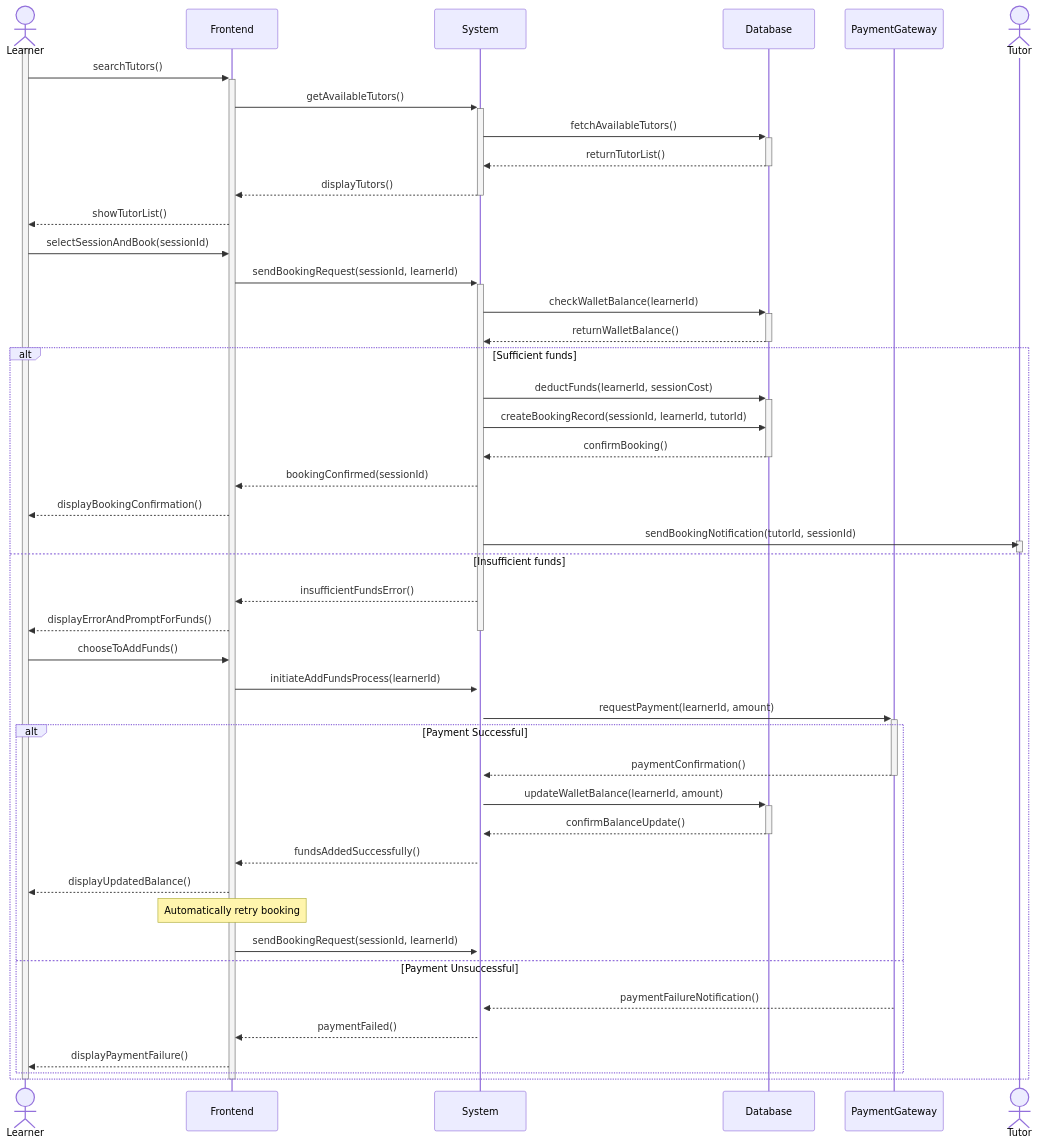
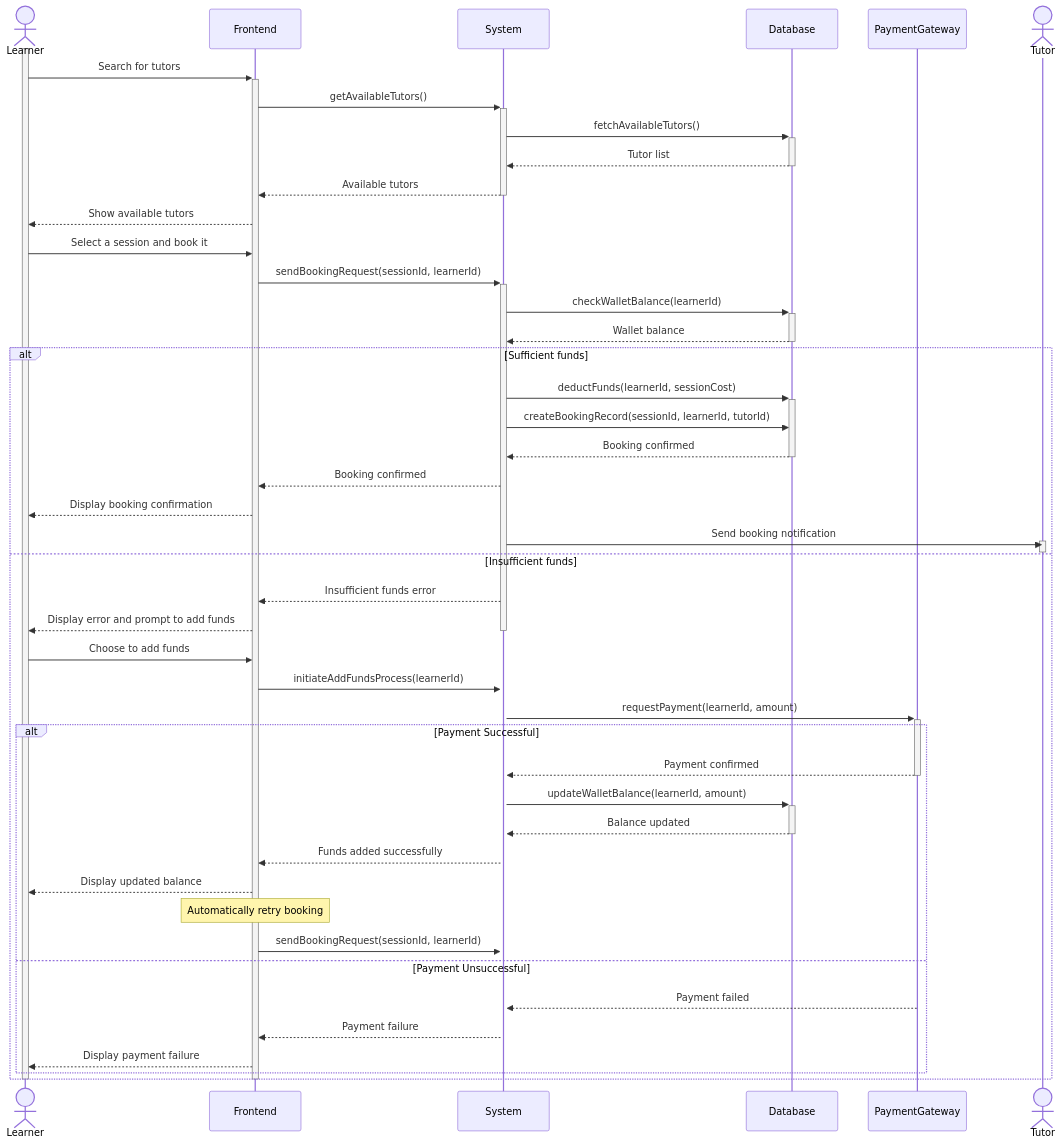
Before and after one commit to Shaar03/Diagrams: the diagram in bookAndPay.mermaid, drawn with Mermaid.

```diff
--- a/bookAndPay.mermaid
+++ b/bookAndPay.mermaid
@@ -1,51 +1,51 @@
 sequenceDiagram
     actor Learner
     participant Frontend
     participant System
     participant Database
     participant PaymentGateway
     actor Tutor
 
     activate Learner
-    Learner->>+Frontend: searchTutors()
+    Learner->>+Frontend: Search for tutors
     Frontend->>+System: getAvailableTutors()
     System->>+Database: fetchAvailableTutors()
-    Database-->>-System: returnTutorList()
-    System-->>-Frontend: displayTutors()
-    Frontend-->>Learner: showTutorList()
-    Learner->>Frontend: selectSessionAndBook(sessionId)
+    Database-->>-System: Tutor list
+    System-->>-Frontend: Available tutors
+    Frontend-->>Learner: Show available tutors
+    Learner->>Frontend: Select a session and book it
     Frontend->>+System: sendBookingRequest(sessionId, learnerId)
     System->>+Database: checkWalletBalance(learnerId)
-    Database-->>-System: returnWalletBalance()
+    Database-->>-System: Wallet balance
     alt Sufficient funds
         System->>+Database: deductFunds(learnerId, sessionCost)
         System->>Database: createBookingRecord(sessionId, learnerId, tutorId)
-        Database-->>-System: confirmBooking()
-        System-->>Frontend: bookingConfirmed(sessionId)
-        Frontend-->>Learner: displayBookingConfirmation()
-        System->>Tutor: sendBookingNotification(tutorId, sessionId)
+        Database-->>-System: Booking confirmed
+        System-->>Frontend: Booking confirmed
+        Frontend-->>Learner: Display booking confirmation
+        System->>Tutor: Send booking notification
         activate Tutor
         deactivate Tutor
     else Insufficient funds
-        System-->>Frontend: insufficientFundsError()
-        Frontend-->>Learner: displayErrorAndPromptForFunds()
+        System-->>Frontend: Insufficient funds error
+        Frontend-->>Learner: Display error and prompt to add funds
         deactivate System
-        Learner->>Frontend: chooseToAddFunds()
+        Learner->>Frontend: Choose to add funds
         Frontend->>+System: initiateAddFundsProcess(learnerId)
         System->>+PaymentGateway: requestPayment(learnerId, amount)
         alt Payment Successful
-            PaymentGateway-->>-System: paymentConfirmation()
+            PaymentGateway-->>-System: Payment confirmed
             System->>+Database: updateWalletBalance(learnerId, amount)
-            Database-->>-System: confirmBalanceUpdate()
-            System-->>Frontend: fundsAddedSuccessfully()
-            Frontend-->>Learner: displayUpdatedBalance()
+            Database-->>-System: Balance updated
+            System-->>Frontend: Funds added successfully
+            Frontend-->>Learner: Display updated balance
             Note over Frontend: Automatically retry booking
             Frontend->>System: sendBookingRequest(sessionId, learnerId)
         else Payment Unsuccessful
-            PaymentGateway-->>System: paymentFailureNotification()
-            System-->>Frontend: paymentFailed()
-            Frontend-->>Learner: displayPaymentFailure()
+            PaymentGateway-->>System: Payment failed
+            System-->>Frontend: Payment failure
+            Frontend-->>Learner: Display payment failure
         end
     end
     deactivate Frontend
     deactivate Learner
```
